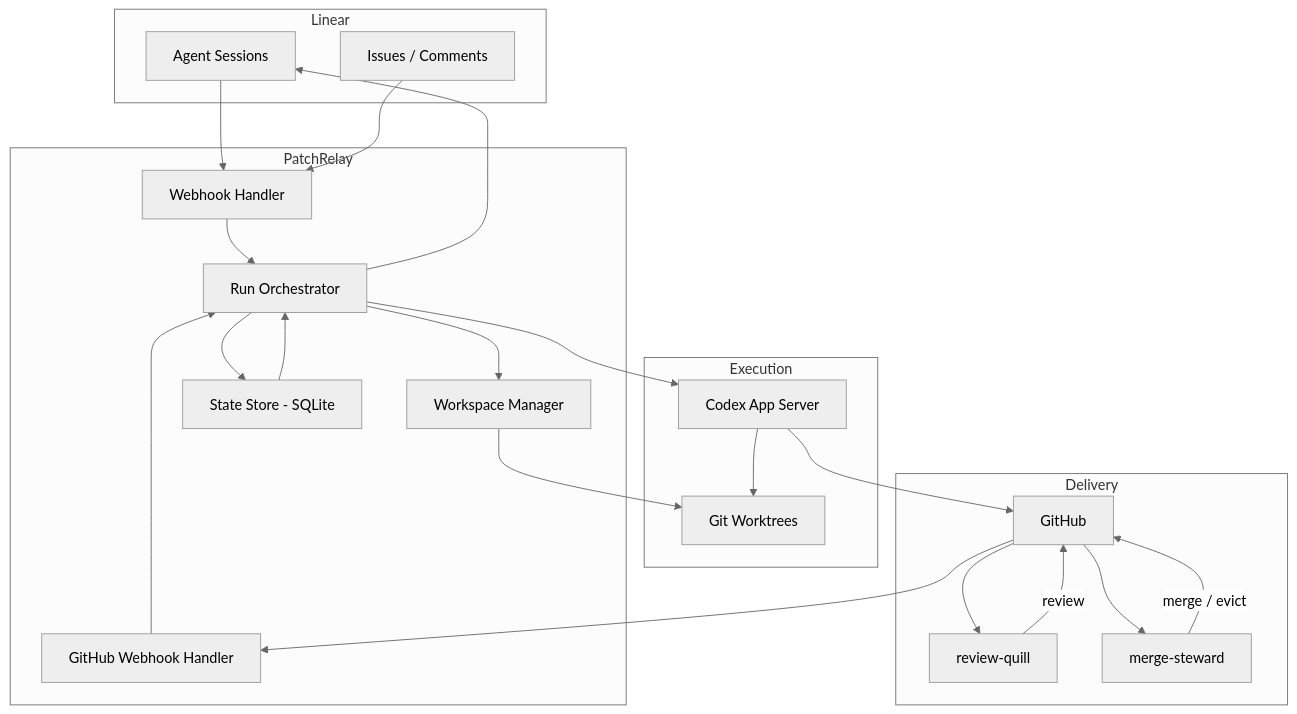
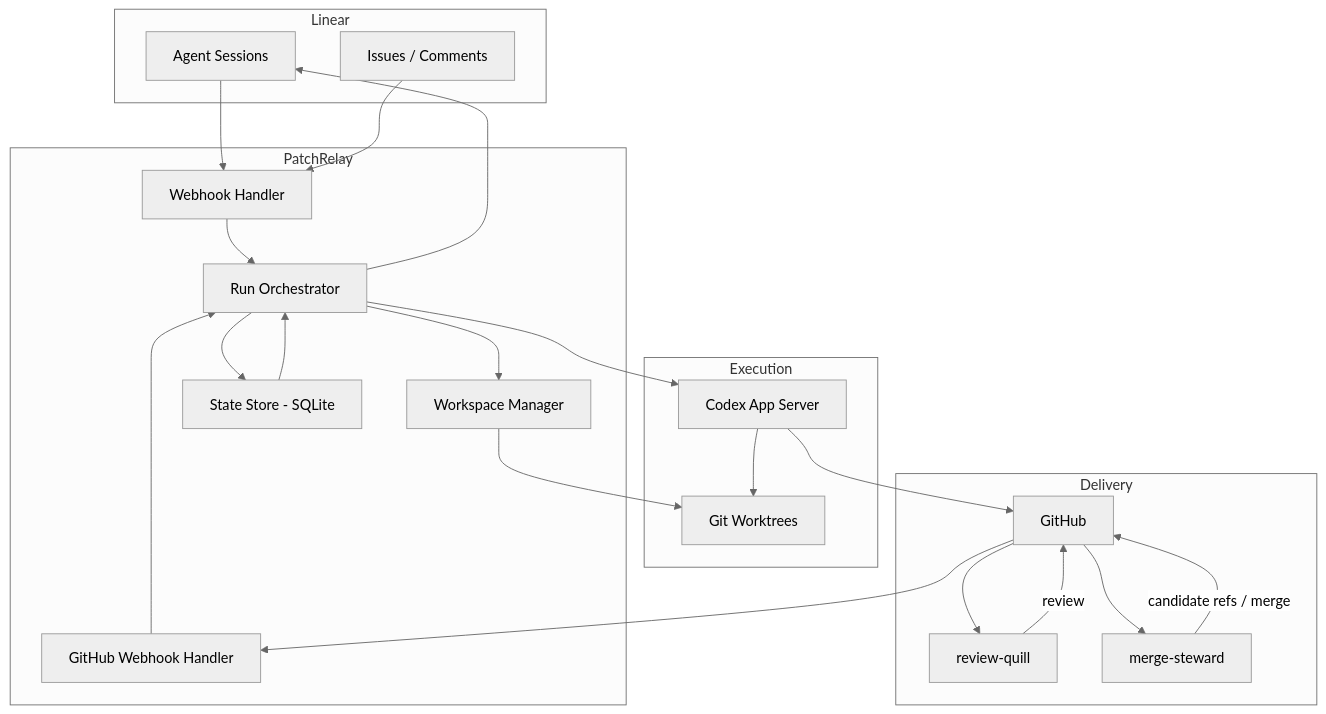
Before and after one commit to krasnoperov/patchrelay: the first of 2 diagrams in docs/architecture.md, drawn with Mermaid (neutral theme). The commit also changed other lines of this file and 94 other files, not shown here.

````diff
--- a/docs/architecture.md
+++ b/docs/architecture.md
@@ -22,44 +24,44 @@
 ```mermaid
 flowchart TB
   subgraph Linear
     LS[Agent Sessions]
     LI[Issues / Comments]
   end
 
   subgraph PatchRelay
     WH[Webhook Handler]
     GWH[GitHub Webhook Handler]
     RO[Run Orchestrator]
     WM[Workspace Manager]
     ST[State Store - SQLite]
   end
 
   subgraph Execution
     CR[Codex App Server]
     WT[Git Worktrees]
   end
 
   subgraph Delivery
     GH[GitHub]
     RQ[review-quill]
     MS[merge-steward]
   end
 
   LS --> WH
   LI --> WH
   WH --> RO
   RO --> WM
   RO --> CR
   WM --> WT
   CR --> WT
   CR --> GH
   GH --> GWH
   GWH --> RO
   RO --> ST
   ST --> RO
   RO --> LS
   GH --> RQ
   GH --> MS
   RQ -->|review| GH
-  MS -->|merge / evict| GH
+  MS -->|candidate refs / merge| GH
 ```
````
